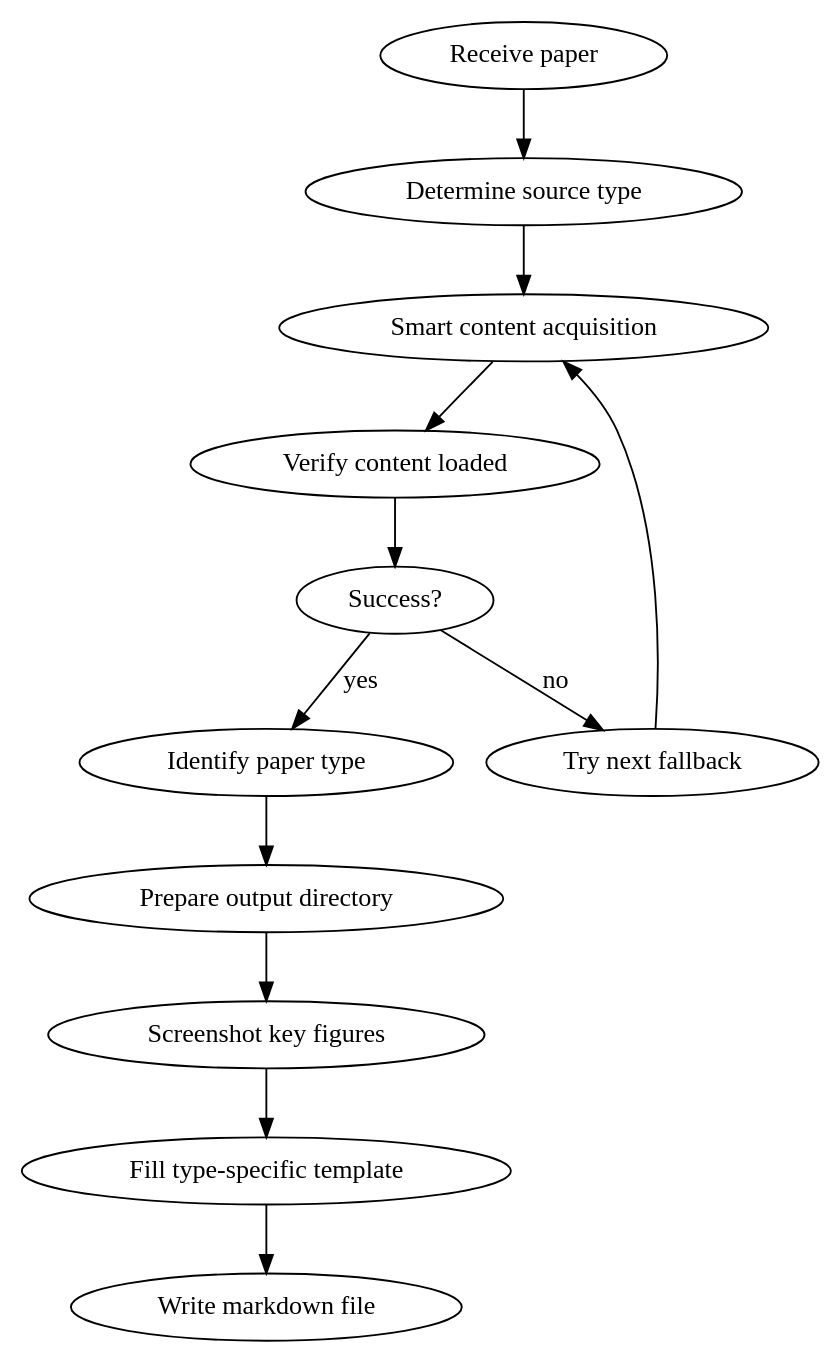
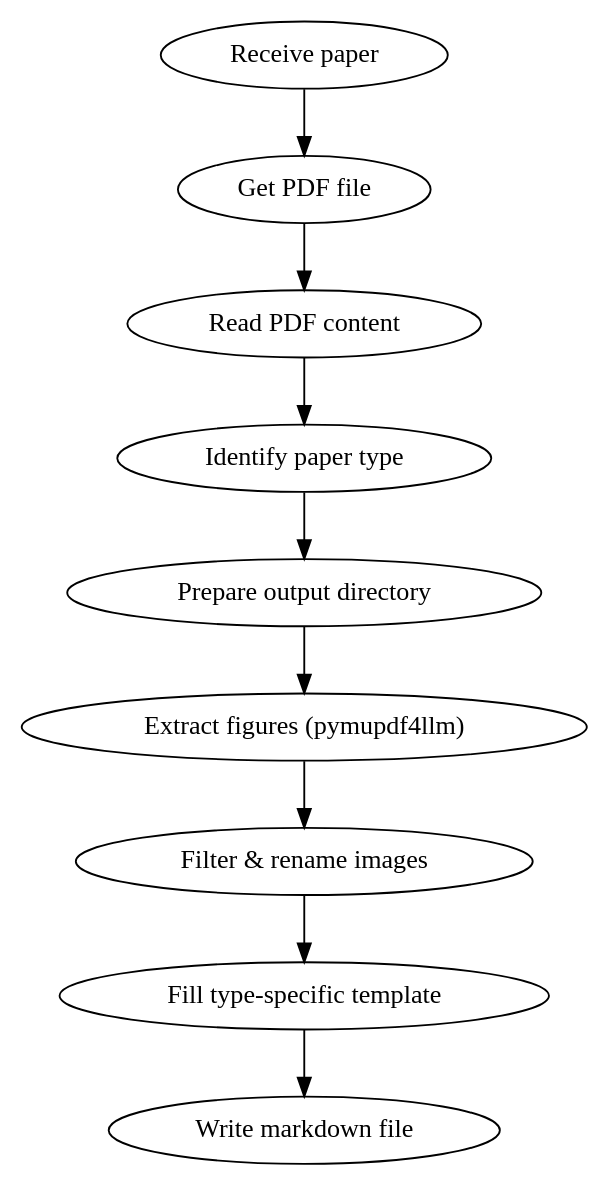
The diagram in skills/paper-reading/SKILL.md (irvingskr/claude-code-config), drawn with Graphviz before and after one commit. The commit also changed other lines of this file, not shown here.

First line of the commit message:
feat: paper-reading skill: pure PDF + pymupdf4llm extraction

````diff
--- a/skills/paper-reading/SKILL.md
+++ b/skills/paper-reading/SKILL.md
@@ -23,16 +23,13 @@
 ```dot
 digraph paper_reading {
     rankdir=TB;
-    "Receive paper" -> "Determine source type";
-    "Determine source type" -> "Smart content acquisition";
-    "Smart content acquisition" -> "Verify content loaded";
-    "Verify content loaded" -> "Success?" [shape=diamond];
-    "Success?" -> "Try next fallback" [label="no"];
-    "Try next fallback" -> "Smart content acquisition";
-    "Success?" -> "Identify paper type" [label="yes"];
+    "Receive paper" -> "Get PDF file";
+    "Get PDF file" -> "Read PDF content";
+    "Read PDF content" -> "Identify paper type";
     "Identify paper type" -> "Prepare output directory";
-    "Prepare output directory" -> "Screenshot key figures";
-    "Screenshot key figures" -> "Fill type-specific template";
+    "Prepare output directory" -> "Extract figures (pymupdf4llm)";
+    "Extract figures (pymupdf4llm)" -> "Filter & rename images";
+    "Filter & rename images" -> "Fill type-specific template";
     "Fill type-specific template" -> "Write markdown file";
 }
 ```
````
